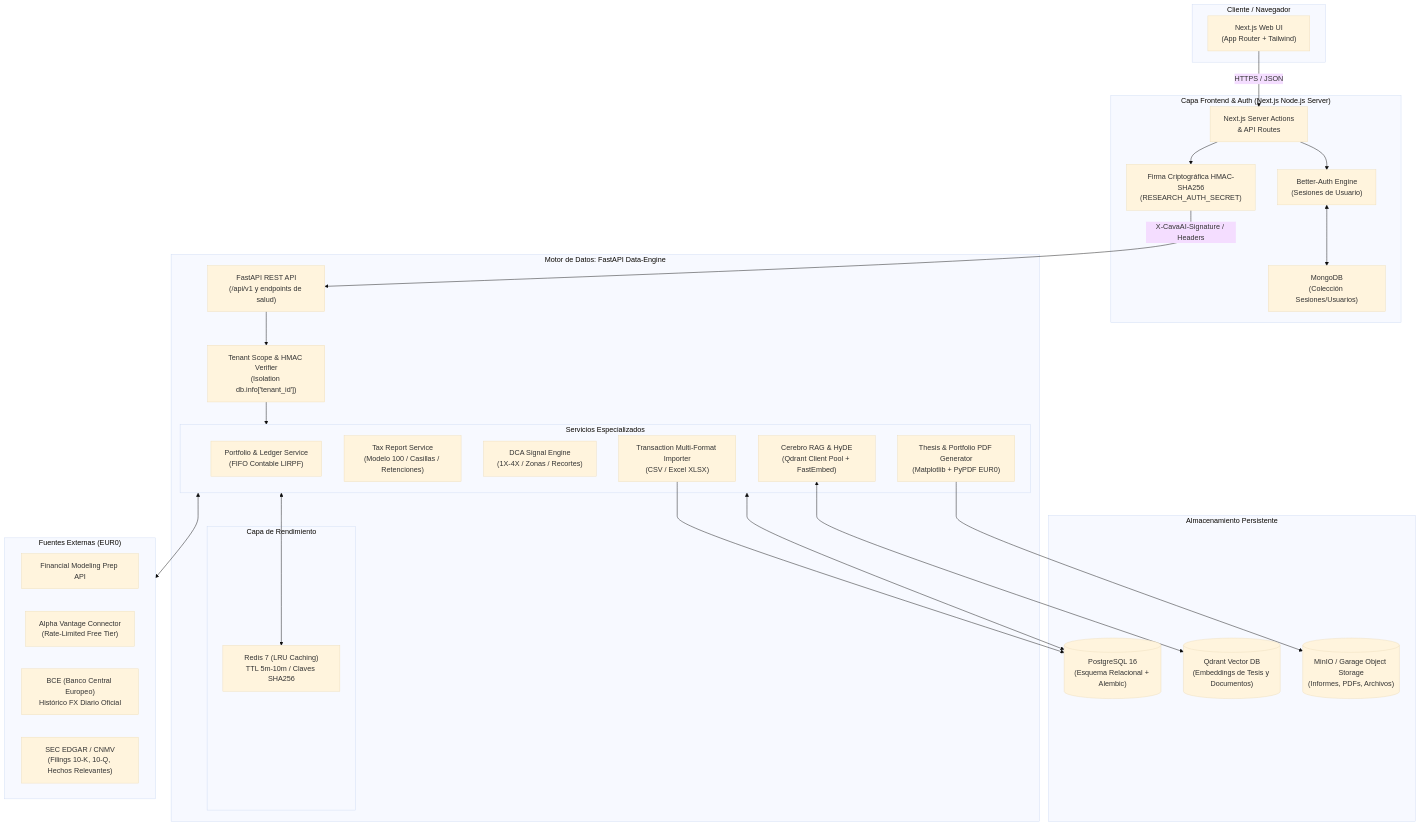
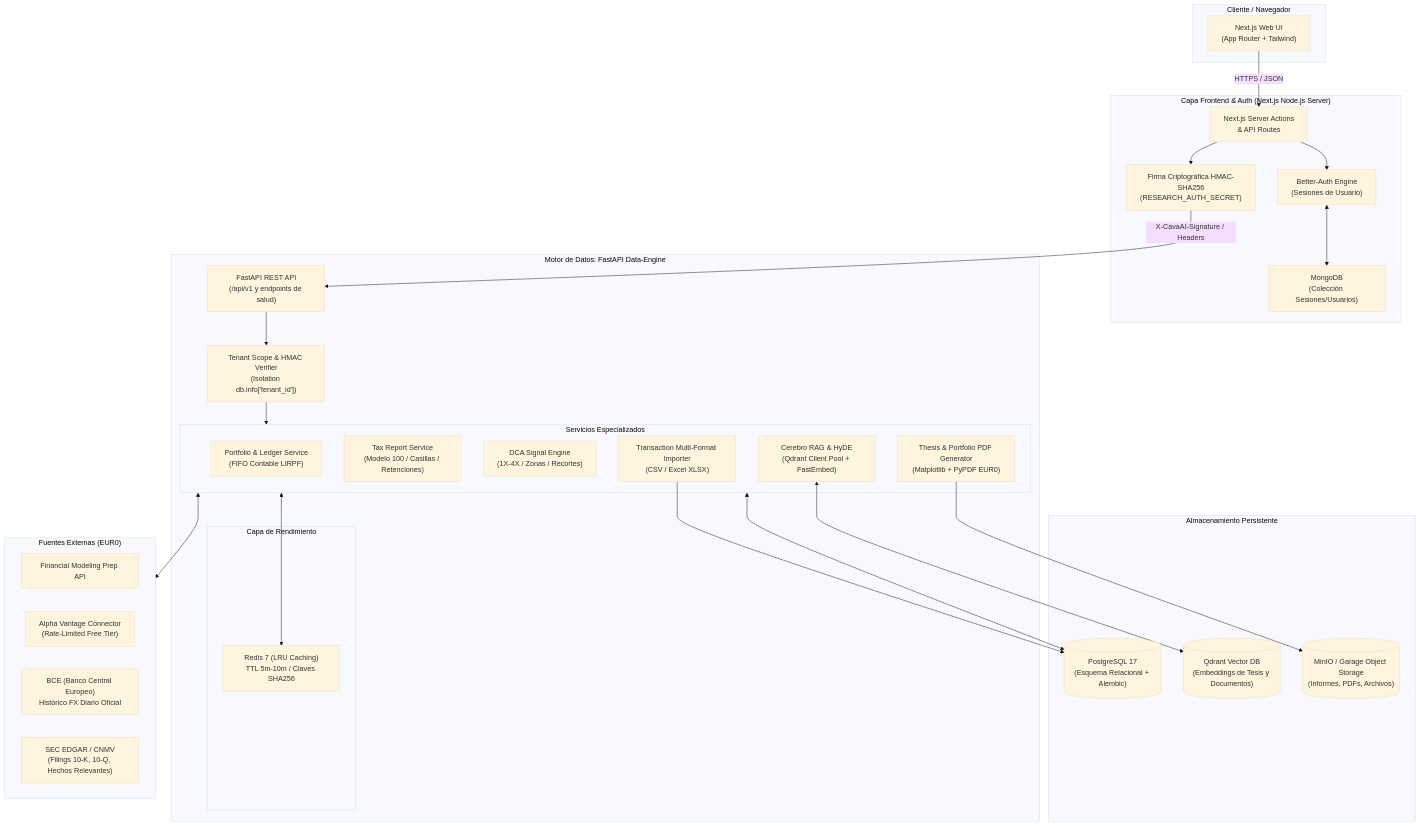
Before and after one commit to nicogarrr/GerarAI: the first of 2 diagrams in docs/ARCHITECTURE.md, drawn with Mermaid (base theme). The commit also changed other lines of this file, not shown here.

First line of the commit message:
docs(architecture): endpoints y version de Postgres contra el OpenAPI real

````diff
--- a/docs/ARCHITECTURE.md
+++ b/docs/ARCHITECTURE.md
@@ -11,59 +11,59 @@
 ```mermaid
 flowchart TD
     subgraph Client["Cliente / Navegador"]
         UI["Next.js Web UI\n(App Router + Tailwind)"]
     end
 
     subgraph Edge["Capa Frontend & Auth (Next.js Node.js Server)"]
         NextServer["Next.js Server Actions\n& API Routes"]
         BetterAuth["Better-Auth Engine\n(Sesiones de Usuario)"]
         MongoAuth["MongoDB\n(Colección Sesiones/Usuarios)"]
         HMACSigner["Firma Criptográfica HMAC-SHA256\n(RESEARCH_AUTH_SECRET)"]
     end
 
     subgraph CoreBackend["Motor de Datos: FastAPI Data-Engine"]
         FastAPI["FastAPI REST API\n(/api/v1 y endpoints de salud)"]
         AuthMiddleware["Tenant Scope & HMAC Verifier\n(Isolation db.info['tenant_id'])"]
         
         subgraph EngineServices["Servicios Especializados"]
             PortfolioSvc["Portfolio & Ledger Service\n(FIFO Contable LIRPF)"]
             TaxSvc["Tax Report Service\n(Modelo 100 / Casillas / Retenciones)"]
             DCASvc["DCA Signal Engine\n(1X-4X / Zonas / Recortes)"]
             CerebroRAG["Cerebro RAG & HyDE\n(Qdrant Client Pool + FastEmbed)"]
             PDFGen["Thesis & Portfolio PDF Generator\n(Matplotlib + PyPDF EUR0)"]
             ImportSvc["Transaction Multi-Format Importer\n(CSV / Excel XLSX)"]
         end
 
         subgraph Caching["Capa de Rendimiento"]
             RedisCache["Redis 7 (LRU Caching)\nTTL 5m-10m / Claves SHA256"]
         end
     end
 
     subgraph DataPersistence["Almacenamiento Persistente"]
-        Postgres[("PostgreSQL 16\n(Esquema Relacional + Alembic)")]
+        Postgres[("PostgreSQL 17\n(Esquema Relacional + Alembic)")]
         Qdrant[("Qdrant Vector DB\n(Embeddings de Tesis y Documentos)")]
         MinIO[("MinIO / Garage Object Storage\n(Informes, PDFs, Archivos)")]
     end
 
     subgraph ExternalSources["Fuentes Externas (EUR0)"]
         FMP["Financial Modeling Prep API"]
         AlphaVantage["Alpha Vantage Connector\n(Rate-Limited Free Tier)"]
         ECB["BCE (Banco Central Europeo)\nHistórico FX Diario Oficial"]
         SEC["SEC EDGAR / CNMV\n(Filings 10-K, 10-Q, Hechos Relevantes)"]
     end
 
     UI -->|"HTTPS / JSON"| NextServer
     NextServer --> BetterAuth
     BetterAuth <--> MongoAuth
     NextServer --> HMACSigner
     HMACSigner -->|"X-CavaAI-Signature / Headers"| FastAPI
 
     FastAPI --> AuthMiddleware
     AuthMiddleware --> EngineServices
     EngineServices <--> RedisCache
     EngineServices <--> Postgres
     CerebroRAG <--> Qdrant
     PDFGen --> MinIO
     ImportSvc --> Postgres
     EngineServices <--> ExternalSources
 ```
````
